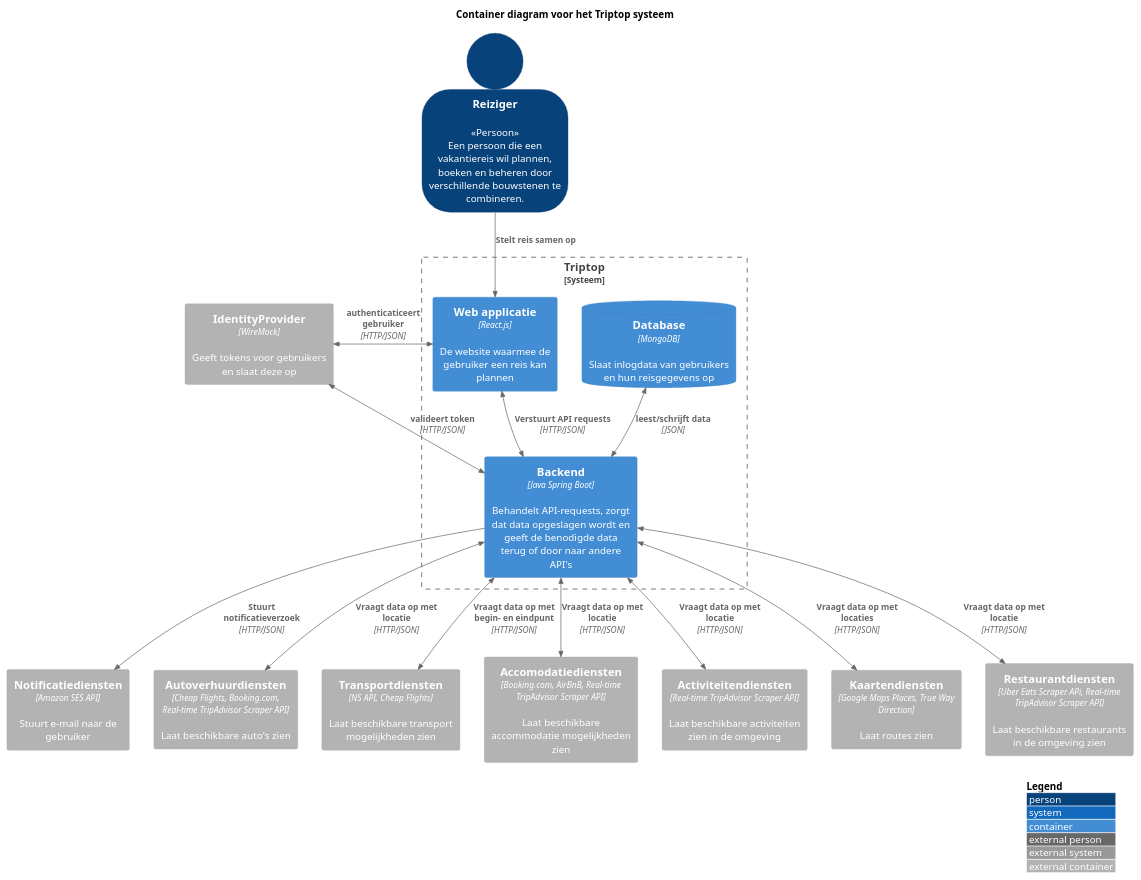
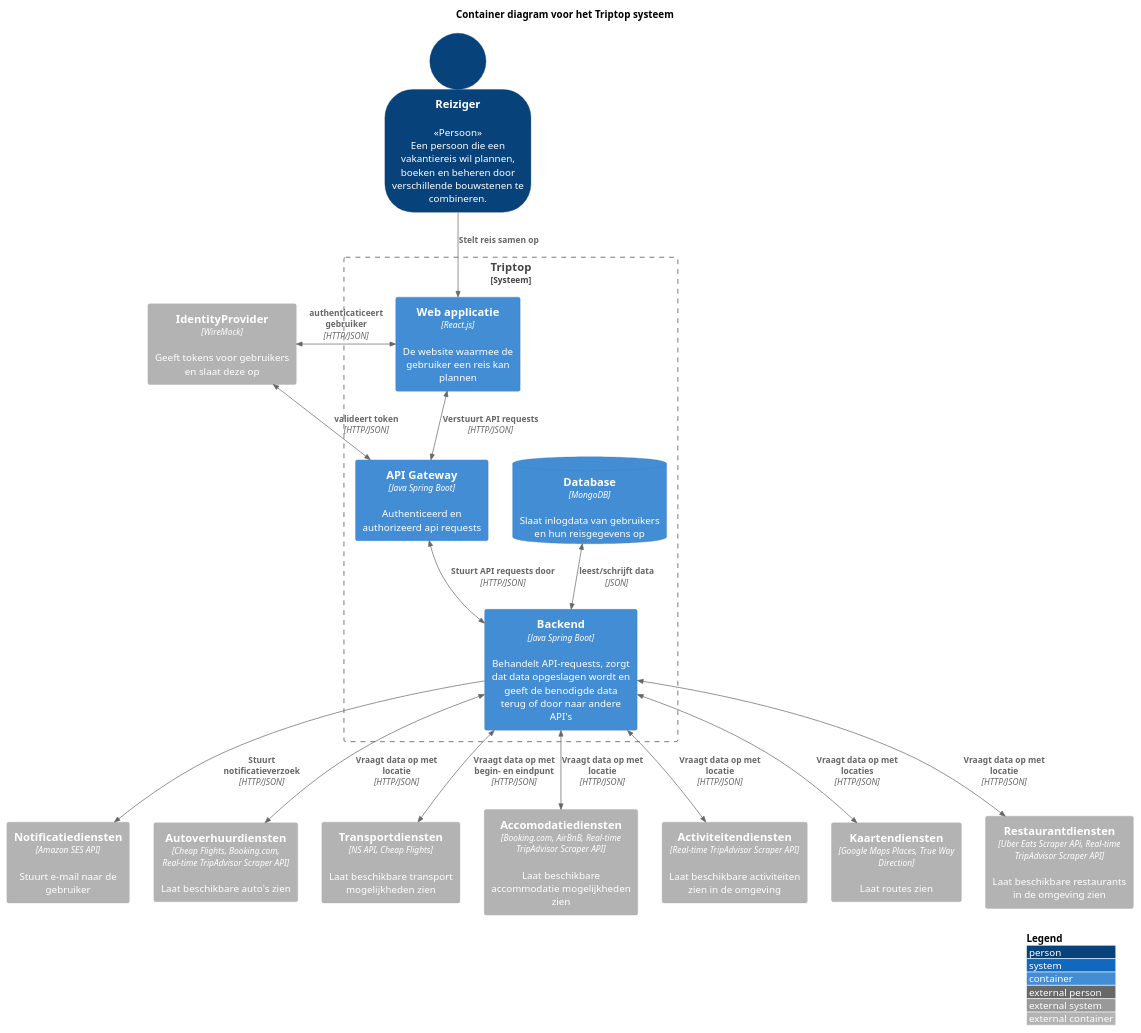
Before and after one commit to AIM-ENE-feb25/triptop-groep-1-met-third-wheel: the diagram in diagram/container/TriptopSystemStaticContainerDiagram.puml, drawn with PlantUML. The commit also changed 3 other files, not shown here.

Commit message:
Samenvoegen component diagrammen

```diff
--- a/diagram/container/TriptopSystemStaticContainerDiagram.puml
+++ b/diagram/container/TriptopSystemStaticContainerDiagram.puml
@@ -1,51 +1,53 @@
 @startuml "Container diagram voor het Triptop systeem"
 !include https://raw.githubusercontent.com/plantuml-stdlib/C4-PlantUML/master/C4_Container.puml
 
 SHOW_PERSON_OUTLINE()
 LAYOUT_WITH_LEGEND()
 
 title "Container diagram voor het Triptop systeem"
 Person(traveler, "Reiziger", "<<Persoon>>\nEen persoon die een vakantiereis wil plannen, boeken en beheren door verschillende bouwstenen te combineren.")
 
 Boundary(system, "Triptop", "Systeem") {
     ContainerDb(db, "Database", "MongoDB", "Slaat inlogdata van gebruikers en hun reisgegevens op")
     Container(frontend, "Web applicatie", "React.js", "De website waarmee de gebruiker een reis kan plannen")
+    Container(api_gateway, "API Gateway", Java Spring Boot, Authenticeerd en authorizeerd api requests)
     Container(backend, "Backend", "Java Spring Boot", "Behandelt API-requests, zorgt dat data opgeslagen wordt en geeft de benodigde data terug of door naar andere API's")
 }
 
 Rel_D(traveler, frontend, "Stelt reis samen op")
-BiRel_D(frontend, backend, "Verstuurt API requests", "HTTP/JSON")
+BiRel_D(frontend, api_gateway, "Verstuurt API requests", "HTTP/JSON")
+BiRel_D(api_gateway, backend, Stuurt API requests door, "HTTP/JSON")
 BiRel_U(backend, db, "leest/schrijft data", "JSON")
 
 Container_Ext(notification, "Notificatiediensten", "Amazon SES API", "Stuurt e-mail naar de gebruiker")
 Container_Ext(autoverhuur, "Autoverhuurdiensten", "Cheap Flights, Booking.com, Real-time TripAdvisor Scraper API", "Laat beschikbare auto's zien")
 Container_Ext(transport, "Transportdiensten", "NS API, Cheap Flights", "Laat beschikbare transport mogelijkheden zien")
 Container_Ext(accommodatie, "Accomodatiediensten", "Booking.com, AirBnB, Real-time TripAdvisor Scraper API", "Laat beschikbare accommodatie mogelijkheden zien")
 Container_Ext(activiteiten, "Activiteitendiensten", "Real-time TripAdvisor Scraper API", "Laat beschikbare activiteiten zien in de omgeving")
 Container_Ext(kaarten, "Kaartendiensten", "Google Maps Places, True Way Direction", "Laat routes zien")
 Container_Ext(identity, "IdentityProvider", "WireMock", "Geeft tokens voor gebruikers en slaat deze op")
 Container_Ext(restaurant, "Restaurantdiensten", "Uber Eats Scraper APi, Real-time TripAdvisor Scraper API", "Laat beschikbare restaurants in de omgeving zien")
 
 Lay_L(backend, db)
 
 BiRel_R(frontend, identity, "authenticaticeert gebruiker", "HTTP/JSON")
-BiRel_U(backend, identity, "valideert token","HTTP/JSON")
+BiRel_U(api_gateway, identity, "valideert token","HTTP/JSON")
 
 Rel(backend, notification, "Stuurt notificatieverzoek", "HTTP/JSON")
 
 BiRel(backend, autoverhuur, "Vraagt data op met locatie", "HTTP/JSON")
 
 BiRel(backend, transport, "Vraagt data op met begin- en eindpunt", "HTTP/JSON")
 
 BiRel(backend, accommodatie, "Vraagt data op met locatie", "HTTP/JSON")
 
 BiRel(backend, activiteiten, "Vraagt data op met locatie", "HTTP/JSON")
 
 BiRel(backend, kaarten, "Vraagt data op met locaties", "HTTP/JSON")
 
 BiRel(backend, restaurant, "Vraagt data op met locatie", "HTTP/JSON")
 
 
 
 
 @enduml
```
